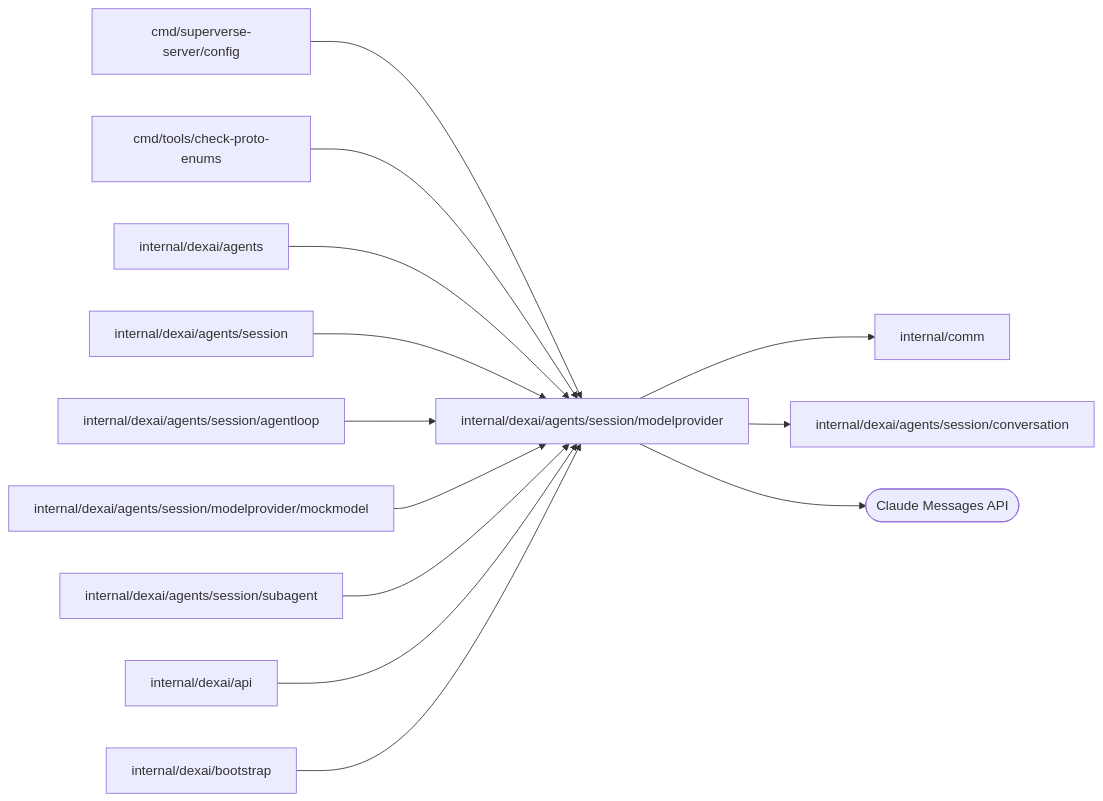
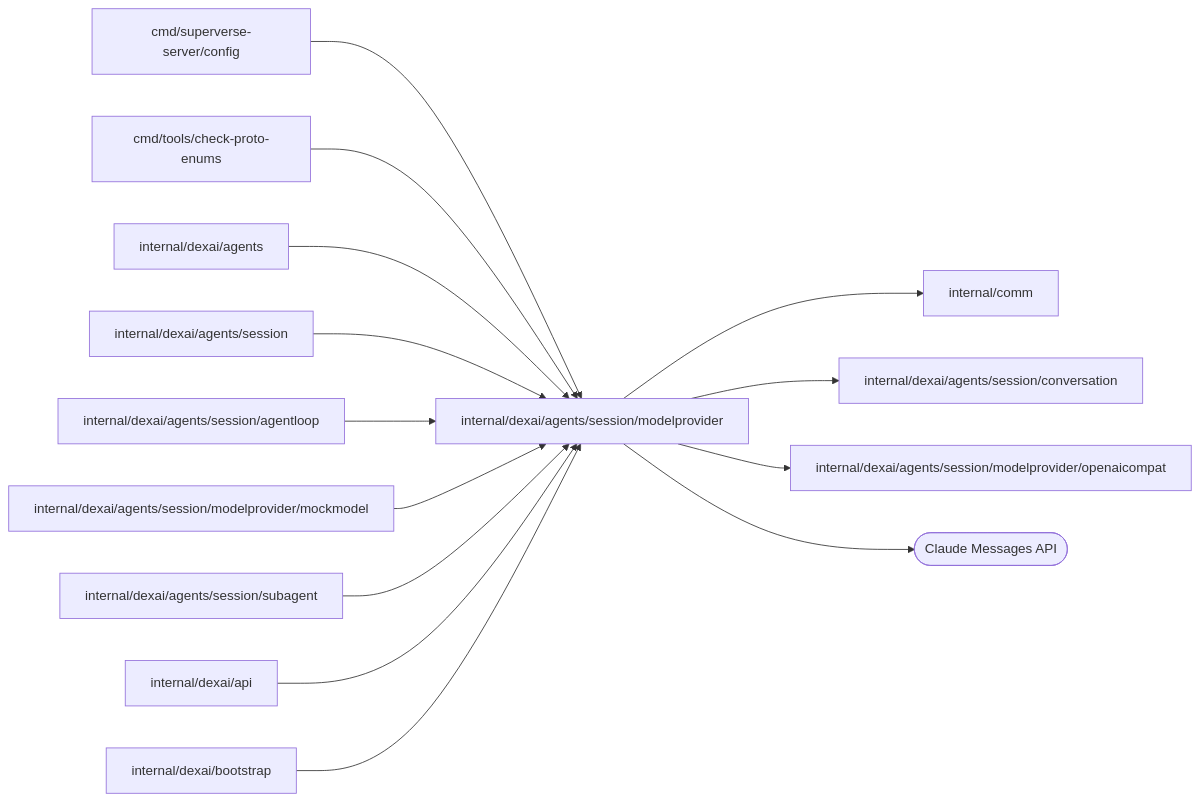
The diagram in internal/dexai/agents/session/modelprovider/README.md (superdurable/superverse), drawn with Mermaid before and after one commit. The commit also changed other lines of this file and 51 other files, not shown here.

````diff
--- a/internal/dexai/agents/session/modelprovider/README.md
+++ b/internal/dexai/agents/session/modelprovider/README.md
@@ -10,16 +10,17 @@
 ```mermaid
 flowchart LR
   self["internal/dexai/agents/session/modelprovider"]
   c0["cmd/superverse-server/config"] --> self
   c1["cmd/tools/check-proto-enums"] --> self
   c2["internal/dexai/agents"] --> self
   c3["internal/dexai/agents/session"] --> self
   c4["internal/dexai/agents/session/agentloop"] --> self
   c5["internal/dexai/agents/session/modelprovider/mockmodel"] --> self
   c6["internal/dexai/agents/session/subagent"] --> self
   c7["internal/dexai/api"] --> self
   c8["internal/dexai/bootstrap"] --> self
   self --> d0["internal/comm"]
   self --> d1["internal/dexai/agents/session/conversation"]
+  self --> d2["internal/dexai/agents/session/modelprovider/openaicompat"]
   self --> e0(["Claude Messages API"])
 ```
````
